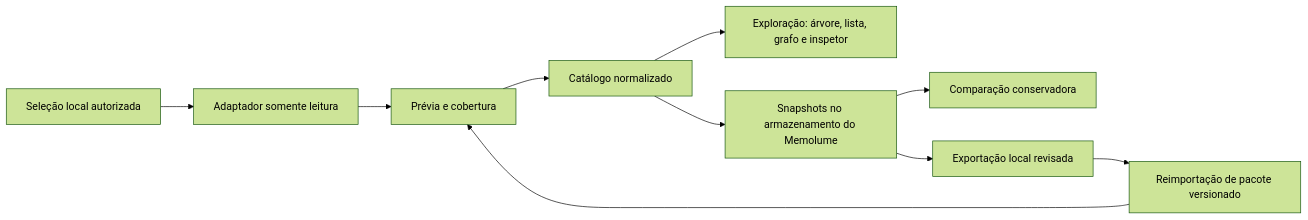
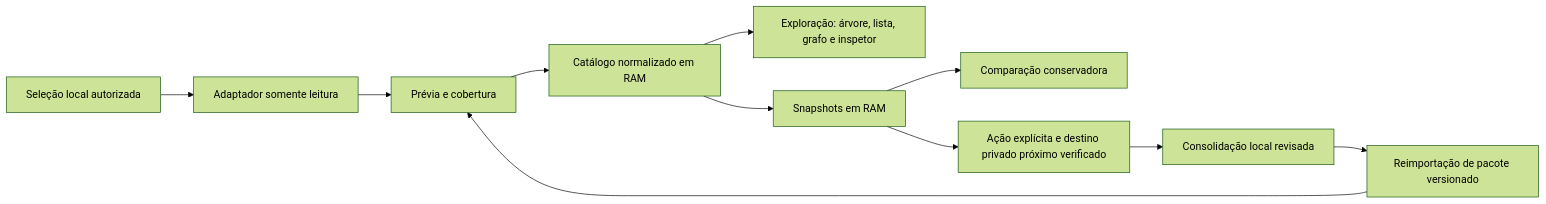
One commit to BetoFrega/memolume changed the diagram in docs/architecture.md. Above: the diagram before and after it, drawn with Mermaid (forest theme). The commit also changed other lines of this file and 12 other files, not shown here.

````diff
--- a/docs/architecture.md
+++ b/docs/architecture.md
@@ -5,12 +5,13 @@
 ```mermaid
 flowchart LR
   F[Seleção local autorizada] --> A[Adaptador somente leitura]
   A --> P[Prévia e cobertura]
-  P --> C[Catálogo normalizado]
+  P --> C[Catálogo normalizado em RAM]
   C --> E[Exploração: árvore, lista, grafo e inspetor]
-  C --> S[Snapshots no armazenamento do Memolume]
+  C --> S[Snapshots em RAM]
   S --> D[Comparação conservadora]
-  S --> X[Exportação local revisada]
+  S --> G[Ação explícita e destino privado próximo verificado]
+  G --> X[Consolidação local revisada]
   X --> I[Reimportação de pacote versionado]
   I --> P
 ```
````
